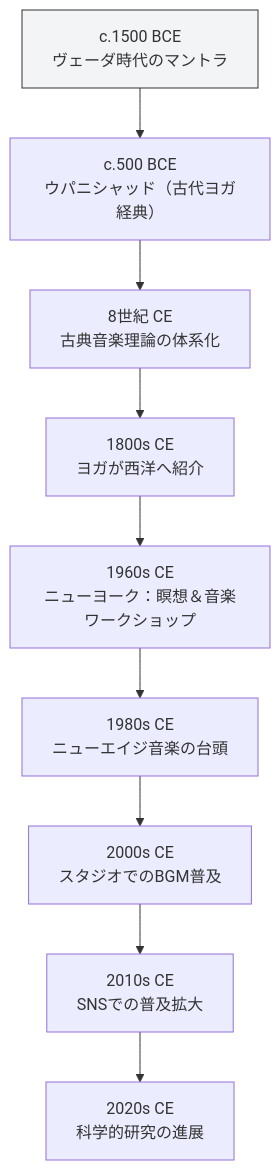
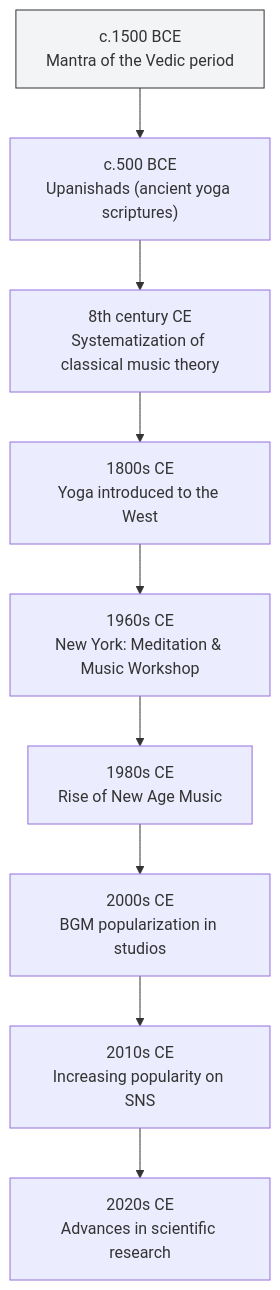
Before and after one commit to monumental-movement/monumental-movement.github.io: the third of 4 diagrams in en/_posts/2025-11-09-column-yoga-music.md, drawn with Mermaid. The commit also changed other lines of this file and 152 other files, not shown here.

```diff
--- a/en/_posts/2025-11-09-column-yoga-music.md
+++ b/en/_posts/2025-11-09-column-yoga-music.md
@@ -192,14 +192,14 @@
 <div class="mermaid">
 
 flowchart TD
     style A fill:#f3f4f6,stroke:#333,stroke-width:1px
-    A["c.1500 BCE<br>ヴェーダ時代のマントラ"] --> B["c.500 BCE<br>ウパニシャッド（古代ヨガ経典）"]
-    B --> C["8世紀 CE<br>古典音楽理論の体系化"]
-    C --> D["1800s CE<br>ヨガが西洋へ紹介"]
-    D --> E["1960s CE<br>ニューヨーク：瞑想＆音楽ワークショップ"]
-    E --> F["1980s CE<br>ニューエイジ音楽の台頭"]
-    F --> G["2000s CE<br>スタジオでのBGM普及"]
-    G --> H["2010s CE<br>SNSでの普及拡大"]
-    H --> I["2020s CE<br>科学的研究の進展"]
+    A["c.1500 BCE<br>Mantra of the Vedic period"] --> B["c.500 BCE<br>Upanishads (ancient yoga scriptures)"]
+    B --> C["8th century CE<br>Systematization of classical music theory"]
+    C --> D["1800s CE<br>Yoga introduced to the West"]
+    D --> E["1960s CE<br>New York: Meditation & Music Workshop"]
+    E --> F["1980s CE<br>Rise of New Age Music"]
+    F --> G["2000s CE<br>BGM popularization in studios"]
+    G --> H["2010s CE<br>Increasing popularity on SNS"]
+    H --> I["2020s CE<br>Advances in scientific research"]
 
 </div>
```
